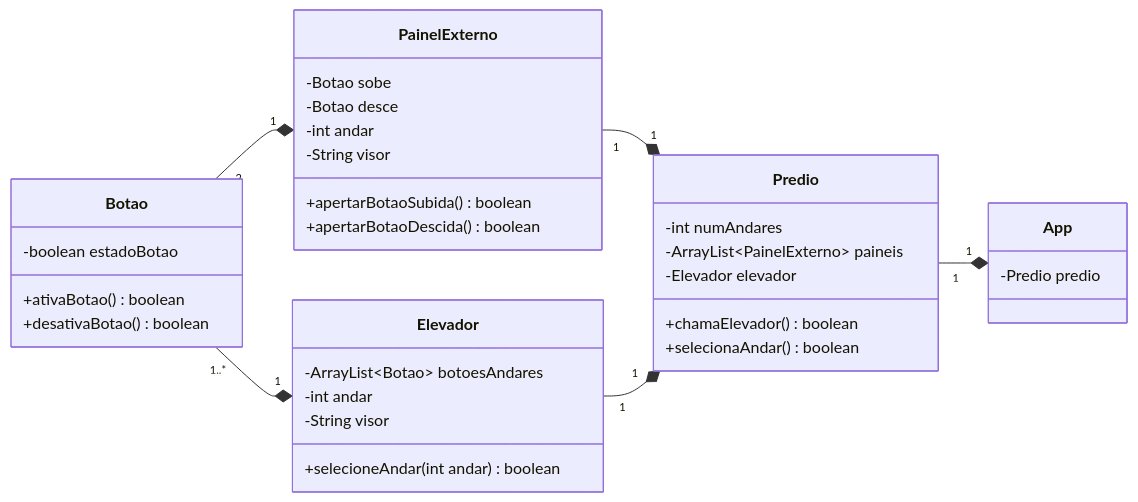
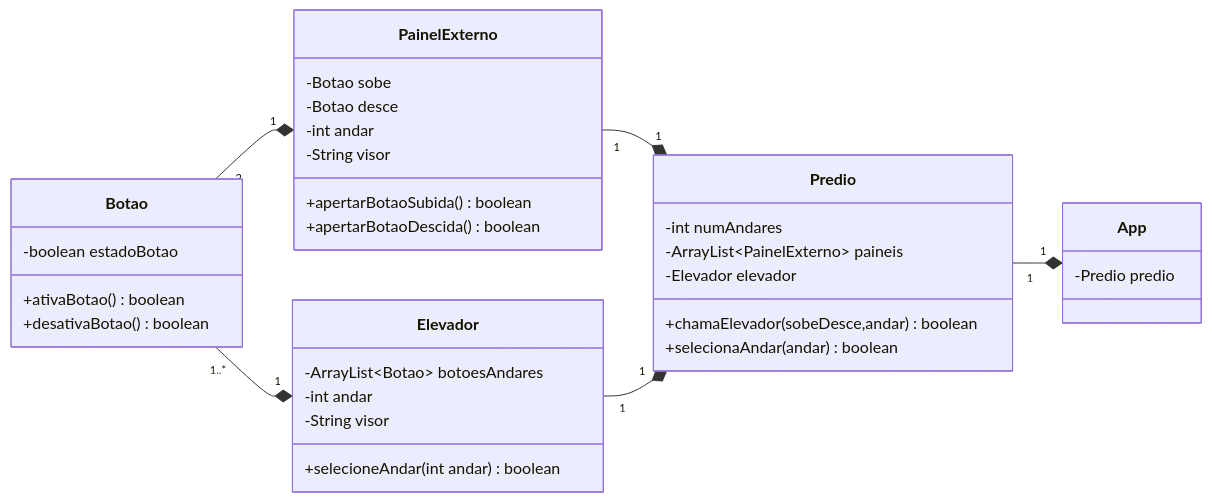
Before and after one commit to vgguerra/Elevator-Simulator: the diagram in Readme.md, drawn with Mermaid.

Commit message:
Finalizando testes e iniciando implementação da classe App

````diff
--- a/Readme.md
+++ b/Readme.md
@@ -1,51 +1,51 @@
 ```mermaid
 classDiagram
     direction LR
     direction TD
 
     class Botao{
       -boolean estadoBotao
 
       +ativaBotao() boolean
       +desativaBotao() boolean
     }
 
     class PainelExterno{
       -Botao sobe
       -Botao desce
       -int andar
       -String visor
 
       +apertarBotaoSubida() boolean
       +apertarBotaoDescida() boolean
     }
 
     class Elevador{
       -ArrayList~Botao~ botoesAndares
       -int andar
       -String visor
 
       +selecioneAndar(int andar) boolean
     }
 
 
     class Predio{
       -int numAndares
       -ArrayList~PainelExterno~ paineis
       -Elevador elevador
 
-      +chamaElevador() boolean
-      +selecionaAndar() boolean
+      +chamaElevador(sobeDesce,andar) boolean
+      +selecionaAndar(andar) boolean
     }
 
     class App{
       -Predio predio
     }
 
 
     Botao "2" --* "1" PainelExterno
     Botao "1..*" --* "1" Elevador
     PainelExterno "1" --* "1" Predio
     Elevador "1" --* "1" Predio    
     Predio "1" --* "1" App
 ```
````
